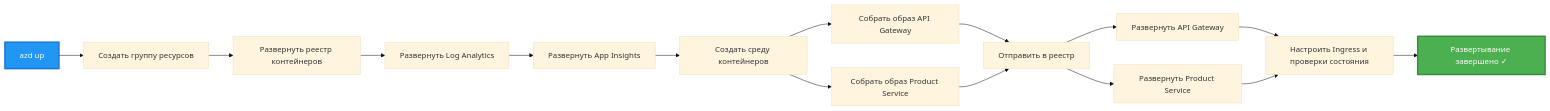
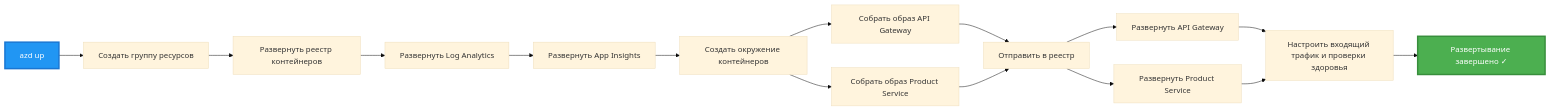
The third of 4 diagrams in translations/ru/examples/microservices/README.md (microsoft/AZD-for-beginners), drawn with Mermaid (base theme) before and after one commit. The commit also changed other lines of this file and 242 other files, not shown here.

````diff
--- a/translations/ru/examples/microservices/README.md
+++ b/translations/ru/examples/microservices/README.md
@@ -242,20 +233,20 @@
 ```mermaid
 graph LR
     A[azd up] --> B[Создать группу ресурсов]
     B --> C[Развернуть реестр контейнеров]
     C --> D[Развернуть Log Analytics]
     D --> E[Развернуть App Insights]
-    E --> F[Создать среду контейнеров]
+    E --> F[Создать окружение контейнеров]
     F --> G[Собрать образ API Gateway]
     F --> H[Собрать образ Product Service]
     G --> I[Отправить в реестр]
     H --> I
     I --> J[Развернуть API Gateway]
     I --> K[Развернуть Product Service]
-    J --> L[Настроить Ingress и проверки состояния]
+    J --> L[Настроить входящий трафик и проверки здоровья]
     K --> L
     L --> M[Развертывание завершено ✓]
     
     style A fill:#2196F3,stroke:#1976D2,stroke-width:3px,color:#fff
     style M fill:#4CAF50,stroke:#388E3C,stroke-width:3px,color:#fff
 ```
````
